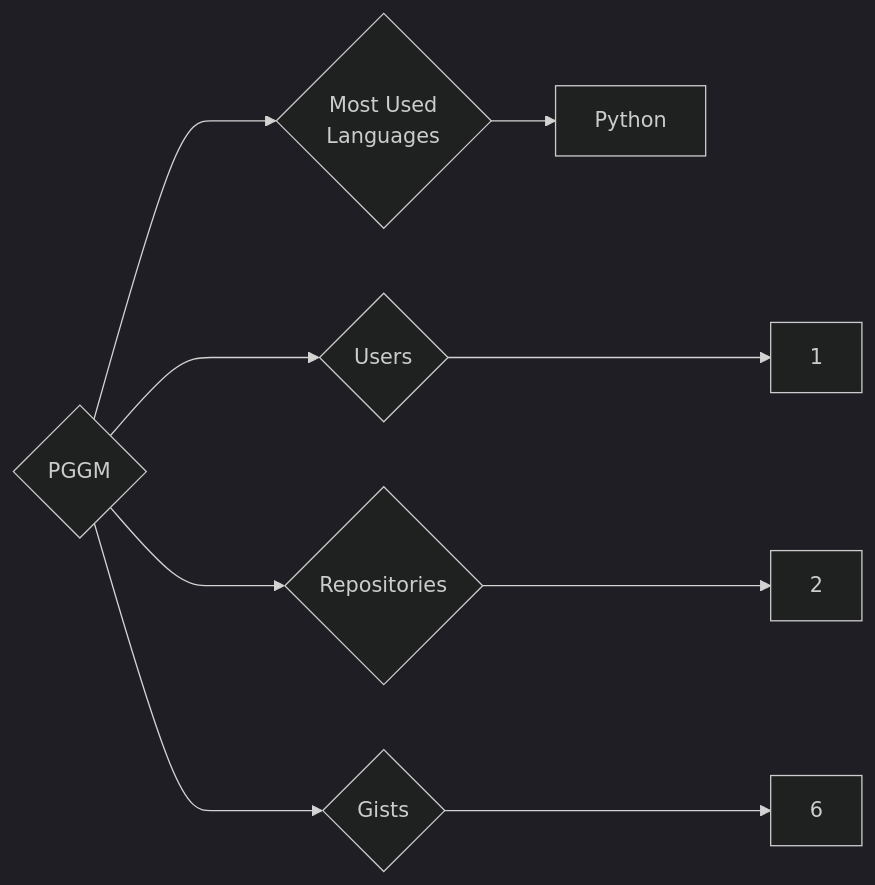
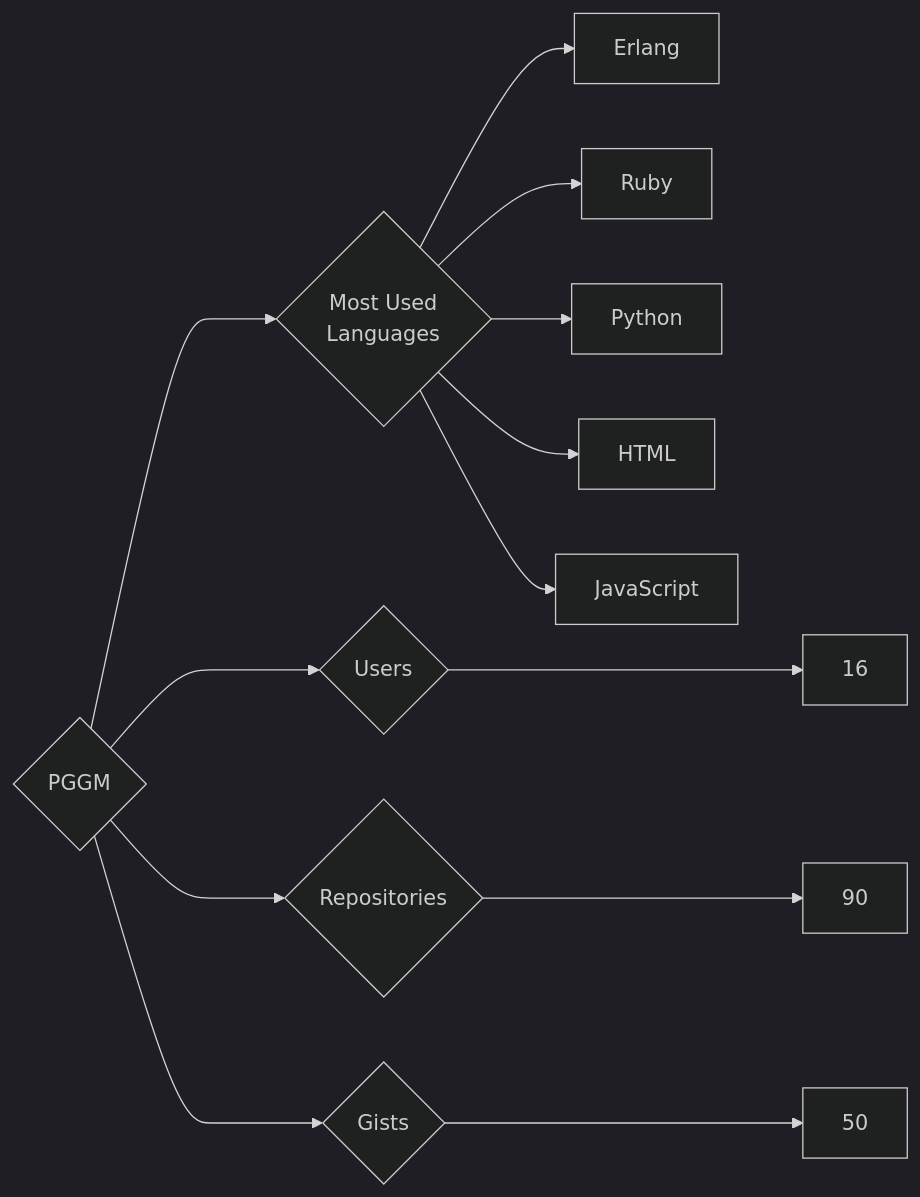
Before and after one commit to trickest/insiders: the diagram in targets/PGGM/README.md, drawn with Mermaid (dark theme). The commit also changed 903 other files, not shown here.

````diff
--- a/targets/PGGM/README.md
+++ b/targets/PGGM/README.md
@@ -3,9 +3,13 @@
 ```mermaid
 graph LR
 COMPANY_NAME{PGGM}
-COMPANY_NAME ---> U{Users} ---> UN[1]
-COMPANY_NAME ---> R{Repositories} ---> RN[2]
-COMPANY_NAME ---> G{Gists} ---> GN[6]
+COMPANY_NAME ---> U{Users} ---> UN[16]
+COMPANY_NAME ---> R{Repositories} ---> RN[90]
+COMPANY_NAME ---> G{Gists} ---> GN[50]
 COMPANY_NAME ---> ML{Most Used<br>Languages}
+ML --> Erlang[Erlang]
+ML --> Ruby[Ruby]
 ML --> Python[Python]
+ML --> HTML[HTML]
+ML --> JavaScript[JavaScript]
 ```
````
